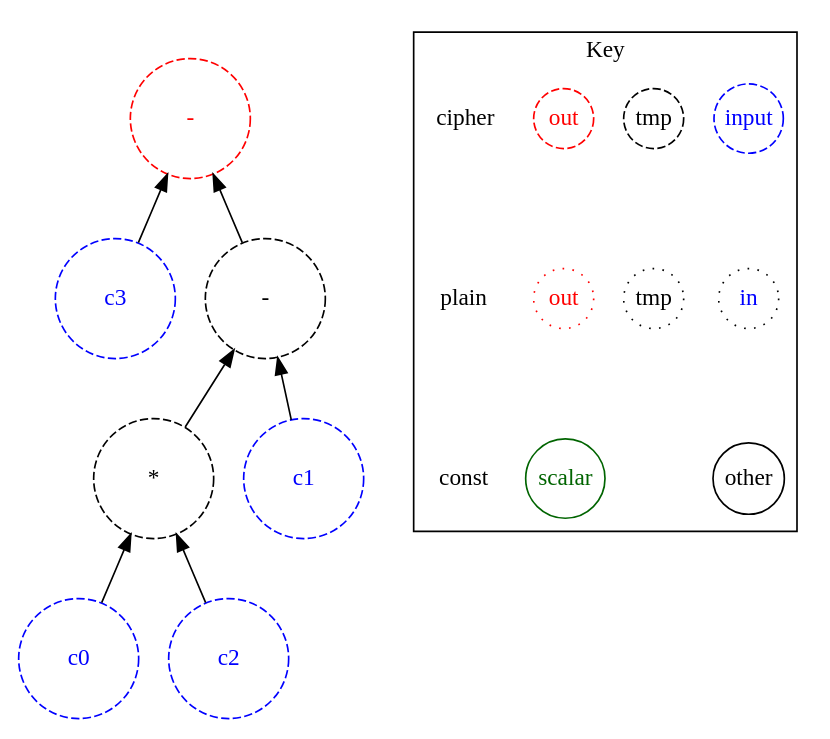
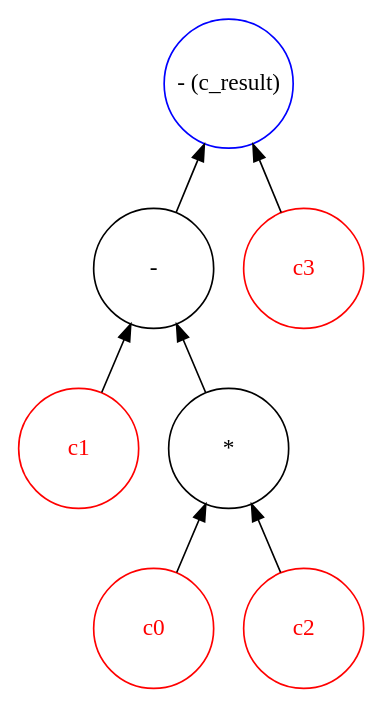
One commit to AbdessamedSed/CHEHAB_FHE_Compiler changed the diagram in benchmarks/linear_reg_porcupine/linear_reg_init_ir.dot. Above: the diagram before and after it, drawn with Graphviz. The commit also changed 11 other files, not shown here.

```diff
--- a/benchmarks/linear_reg_porcupine/linear_reg_init_ir.dot
+++ b/benchmarks/linear_reg_porcupine/linear_reg_init_ir.dot
@@ -1,43 +1,17 @@
 digraph "linear_reg" {
 node [shape=circle width=1 margin=0]
 edge [dir=back]
-ciphertext3 [label="c3" style=dashed color=blue fontcolor=blue]
-ciphertext0 [label="c0" style=dashed color=blue fontcolor=blue]
-ciphertext2 [label="c2" style=dashed color=blue fontcolor=blue]
-ciphertext4 [label="*" style=dashed]
-ciphertext4 -> ciphertext2
-ciphertext4 -> ciphertext0
-ciphertext1 [label="c1" style=dashed color=blue fontcolor=blue]
-ciphertext5 [label="-" style=dashed]
-ciphertext5 -> ciphertext1
-ciphertext5 -> ciphertext4
-ciphertext6 [label="-" style=dashed color=red fontcolor=red]
-ciphertext6 -> ciphertext5
-ciphertext6 -> ciphertext3
-subgraph cluster_key {
-    graph[label="Key"]
-    node [width=0.5]
-    edge [dir=forward style=invis]
-    in_cipher [label=input color=blue fontcolor=blue style=dashed]
-    tmp_cipher [label=tmp color=black fontcolor=black style=dashed]
-    out_cipher [label=out color=red fontcolor=red style=dashed]
-    cipher [shape=plain]
-
-    in_plain [label=in icolor=blue fontcolor=blue style=dotted]
-    tmp_plain [label=tmp color=black fontcolor=black style=dotted]
-    out_plain [label=out color=red fontcolor=red style=dotted]
-    plain [shape=plain]
-    
-    other [color=black fontcolor=black style=solid]
-    scalar [color=darkgreen fontcolor=darkgreen style=solid]
-    const[shape=plain]
-    
-    cipher -> plain
-    plain -> const
-    out_cipher -> out_plain
-    in_cipher -> in_plain
-    tmp_cipher -> tmp_plain
-    in_plain -> other
-    out_plain -> scalar
+2 [label="c1" style=solid color=red fontcolor=red]
+1 [label="c0" style=solid color=red fontcolor=red]
+3 [label="c2" style=solid color=red fontcolor=red]
+5 [label="*" style=solid color=black fontcolor=black]
+5 -> 1
+5 -> 3
+6 [label="-" style=solid color=black fontcolor=black]
+6 -> 2
+6 -> 5
+4 [label="c3" style=solid color=red fontcolor=red]
+7 [label="- (c_result)" style=solid color=blue fontcolor=black]
+7 -> 6
+7 -> 4
 }
-}
```
